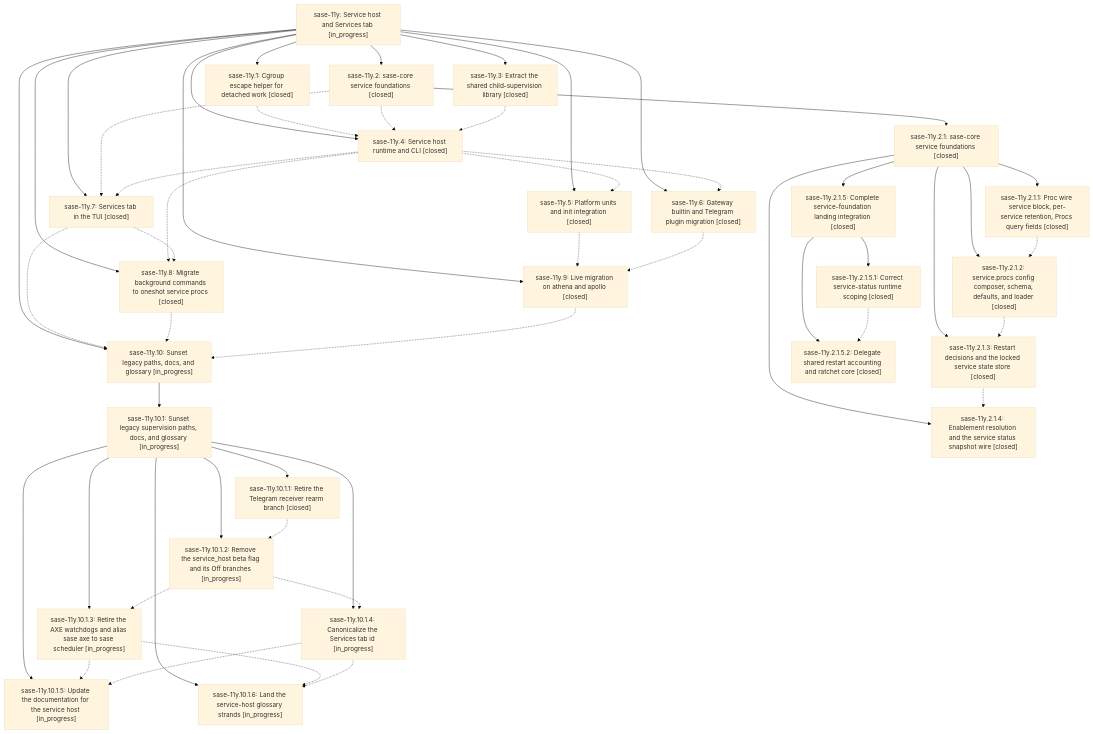
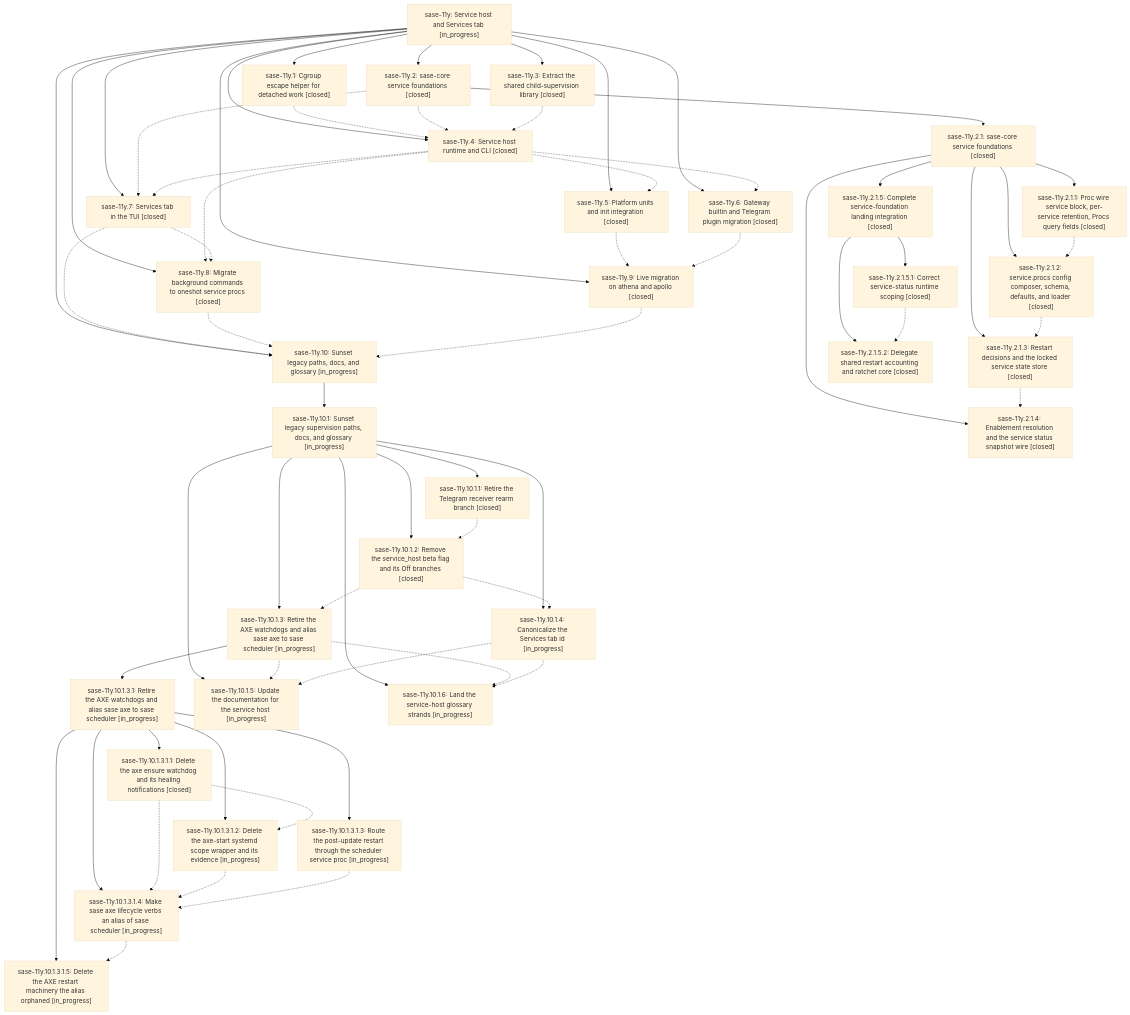
One commit to sase-org/sase--beads changed the diagram in pages/sase-11y/README.md. Above: the diagram before and after it, drawn with Mermaid (base theme). The commit also changed other lines of this file and 11 other files, not shown here.

````diff
--- a/pages/sase-11y/README.md
+++ b/pages/sase-11y/README.md
@@ -69,75 +73,92 @@
     n2["sase-11y.10: Sunset legacy paths, docs, and glossary [in_progress]"]
     n3["sase-11y.10.1: Sunset legacy supervision paths, docs, and glossary [in_progress]"]
     n4["sase-11y.10.1.1: Retire the Telegram receiver rearm branch [closed]"]
-    n5["sase-11y.10.1.2: Remove the service_host beta flag and its Off branches [in_progress]"]
+    n5["sase-11y.10.1.2: Remove the service_host beta flag and its Off branches [closed]"]
     n6["sase-11y.10.1.3: Retire the AXE watchdogs and alias sase axe to sase scheduler [in_progress]"]
-    n7["sase-11y.10.1.4: Canonicalize the Services tab id [in_progress]"]
-    n8["sase-11y.10.1.5: Update the documentation for the service host [in_progress]"]
-    n9["sase-11y.10.1.6: Land the service-host glossary strands [in_progress]"]
-    n10["sase-11y.2: sase-core service foundations [closed]"]
-    n11["sase-11y.2.1: sase-core service foundations [closed]"]
-    n12["sase-11y.2.1.1: Proc wire service block, per-service retention, Procs query fields [closed]"]
-    n13["sase-11y.2.1.2: service.procs config composer, schema, defaults, and loader [closed]"]
-    n14["sase-11y.2.1.3: Restart decisions and the locked service state store [closed]"]
-    n15["sase-11y.2.1.4: Enablement resolution and the service status snapshot wire [closed]"]
-    n16["sase-11y.2.1.5: Complete service-foundation landing integration [closed]"]
-    n17["sase-11y.2.1.5.1: Correct service-status runtime scoping [closed]"]
-    n18["sase-11y.2.1.5.2: Delegate shared restart accounting and ratchet core [closed]"]
-    n19["sase-11y.3: Extract the shared child-supervision library [closed]"]
-    n20["sase-11y.4: Service host runtime and CLI [closed]"]
-    n21["sase-11y.5: Platform units and init integration [closed]"]
-    n22["sase-11y.6: Gateway builtin and Telegram plugin migration [closed]"]
-    n23["sase-11y.7: Services tab in the TUI [closed]"]
-    n24["sase-11y.8: Migrate background commands to oneshot service procs [closed]"]
-    n25["sase-11y.9: Live migration on athena and apollo [closed]"]
+    n7["sase-11y.10.1.3.1: Retire the AXE watchdogs and alias sase axe to sase scheduler [in_progress]"]
+    n8["sase-11y.10.1.3.1.1: Delete the axe ensure watchdog and its healing notifications [closed]"]
+    n9["sase-11y.10.1.3.1.2: Delete the axe-start systemd scope wrapper and its evidence [in_progress]"]
+    n10["sase-11y.10.1.3.1.3: Route the post-update restart through the scheduler service proc [in_progress]"]
+    n11["sase-11y.10.1.3.1.4: Make sase axe lifecycle verbs an alias of sase scheduler [in_progress]"]
+    n12["sase-11y.10.1.3.1.5: Delete the AXE restart machinery the alias orphaned [in_progress]"]
+    n13["sase-11y.10.1.4: Canonicalize the Services tab id [in_progress]"]
+    n14["sase-11y.10.1.5: Update the documentation for the service host [in_progress]"]
+    n15["sase-11y.10.1.6: Land the service-host glossary strands [in_progress]"]
+    n16["sase-11y.2: sase-core service foundations [closed]"]
+    n17["sase-11y.2.1: sase-core service foundations [closed]"]
+    n18["sase-11y.2.1.1: Proc wire service block, per-service retention, Procs query fields [closed]"]
+    n19["sase-11y.2.1.2: service.procs config composer, schema, defaults, and loader [closed]"]
+    n20["sase-11y.2.1.3: Restart decisions and the locked service state store [closed]"]
+    n21["sase-11y.2.1.4: Enablement resolution and the service status snapshot wire [closed]"]
+    n22["sase-11y.2.1.5: Complete service-foundation landing integration [closed]"]
+    n23["sase-11y.2.1.5.1: Correct service-status runtime scoping [closed]"]
+    n24["sase-11y.2.1.5.2: Delegate shared restart accounting and ratchet core [closed]"]
+    n25["sase-11y.3: Extract the shared child-supervision library [closed]"]
+    n26["sase-11y.4: Service host runtime and CLI [closed]"]
+    n27["sase-11y.5: Platform units and init integration [closed]"]
+    n28["sase-11y.6: Gateway builtin and Telegram plugin migration [closed]"]
+    n29["sase-11y.7: Services tab in the TUI [closed]"]
+    n30["sase-11y.8: Migrate background commands to oneshot service procs [closed]"]
+    n31["sase-11y.9: Live migration on athena and apollo [closed]"]
     n0 --> n1
     n0 --> n2
     n2 --> n3
     n3 --> n4
     n3 --> n5
     n3 --> n6
-    n3 --> n7
-    n3 --> n8
-    n3 --> n9
-    n0 --> n10
-    n10 --> n11
-    n11 --> n12
-    n11 --> n13
-    n11 --> n14
-    n11 --> n15
-    n11 --> n16
+    n6 --> n7
+    n7 --> n8
+    n7 --> n9
+    n7 --> n10
+    n7 --> n11
+    n7 --> n12
+    n3 --> n13
+    n3 --> n14
+    n3 --> n15
+    n0 --> n16
     n16 --> n17
-    n16 --> n18
-    n0 --> n19
-    n0 --> n20
-    n0 --> n21
-    n0 --> n22
-    n0 --> n23
-    n0 --> n24
+    n17 --> n18
+    n17 --> n19
+    n17 --> n20
+    n17 --> n21
+    n17 --> n22
+    n22 --> n23
+    n22 --> n24
     n0 --> n25
-    n1 -.-> n20
+    n0 --> n26
+    n0 --> n27
+    n0 --> n28
+    n0 --> n29
+    n0 --> n30
+    n0 --> n31
+    n1 -.-> n26
     n4 -.-> n5
     n5 -.-> n6
-    n5 -.-> n7
-    n6 -.-> n8
-    n6 -.-> n9
-    n7 -.-> n8
-    n7 -.-> n9
-    n10 -.-> n20
-    n10 -.-> n23
-    n12 -.-> n13
+    n5 -.-> n13
+    n6 -.-> n14
+    n6 -.-> n15
+    n8 -.-> n9
+    n8 -.-> n11
+    n9 -.-> n11
+    n10 -.-> n11
+    n11 -.-> n12
     n13 -.-> n14
-    n14 -.-> n15
-    n17 -.-> n18
+    n13 -.-> n15
+    n16 -.-> n26
+    n16 -.-> n29
+    n18 -.-> n19
     n19 -.-> n20
     n20 -.-> n21
-    n20 -.-> n22
-    n20 -.-> n23
-    n20 -.-> n24
-    n21 -.-> n25
-    n22 -.-> n25
-    n23 -.-> n2
     n23 -.-> n24
-    n24 -.-> n2
-    n25 -.-> n2
+    n25 -.-> n26
+    n26 -.-> n27
+    n26 -.-> n28
+    n26 -.-> n29
+    n26 -.-> n30
+    n27 -.-> n31
+    n28 -.-> n31
+    n29 -.-> n2
+    n29 -.-> n30
+    n30 -.-> n2
+    n31 -.-> n2
 ```
````
